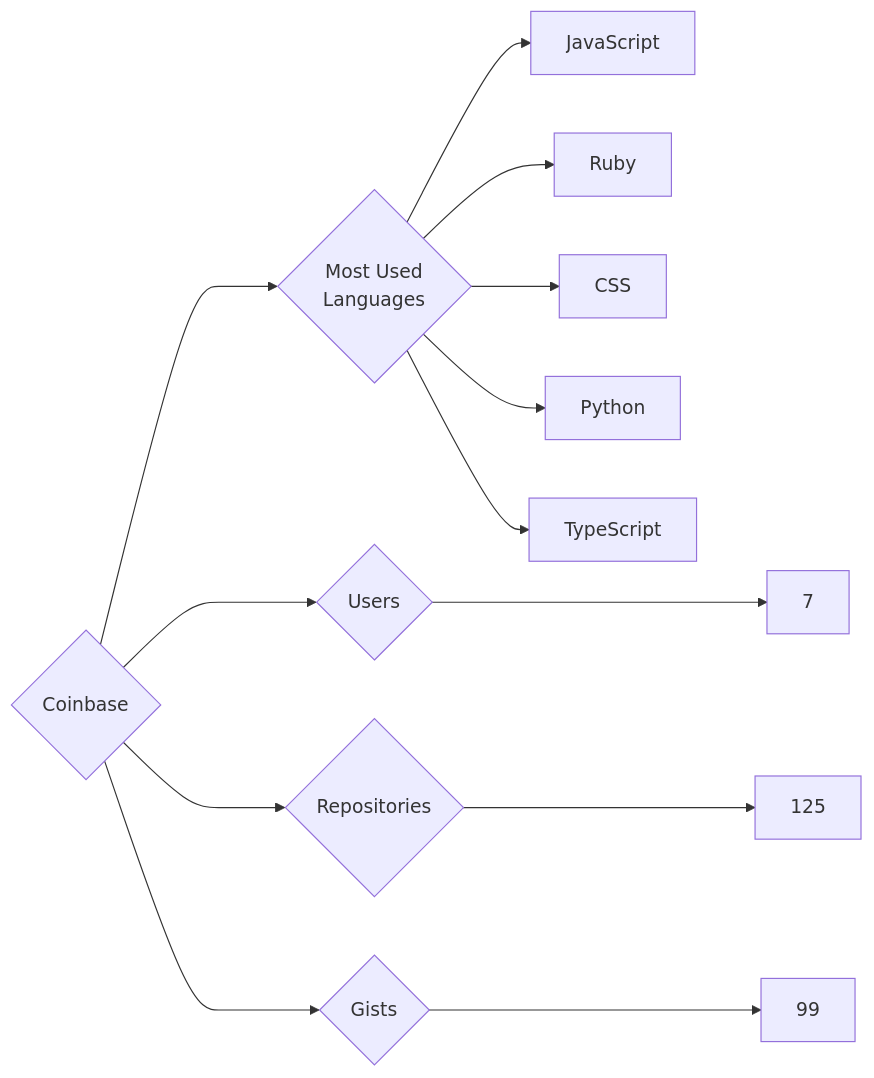
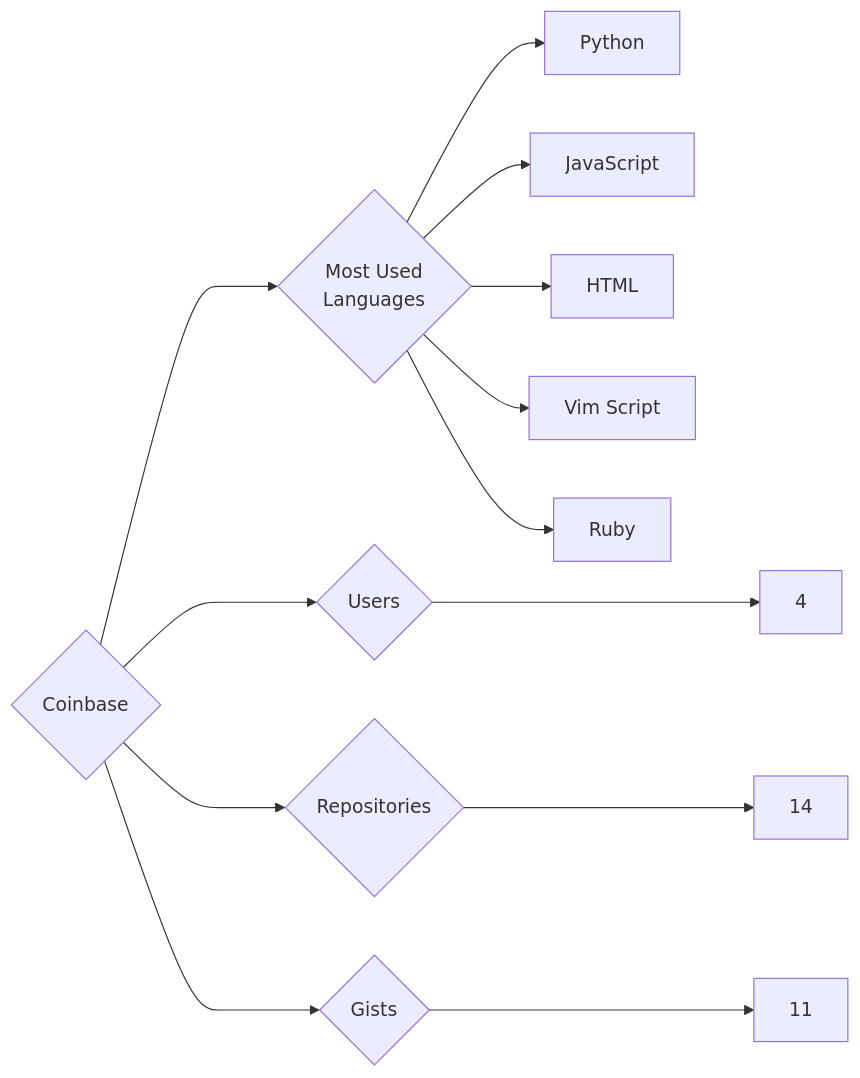
Before and after one commit to trickest/insiders: the diagram in targets/Coinbase/README.md, drawn with Mermaid. The commit also changed 934 other files, not shown here.

````diff
--- a/targets/Coinbase/README.md
+++ b/targets/Coinbase/README.md
@@ -3,13 +3,13 @@
 ```mermaid
 graph LR
 COMPANY_NAME{Coinbase}
-COMPANY_NAME ---> U{Users} ---> UN[7]
-COMPANY_NAME ---> R{Repositories} ---> RN[125]
-COMPANY_NAME ---> G{Gists} ---> GN[99]
+COMPANY_NAME ---> U{Users} ---> UN[4]
+COMPANY_NAME ---> R{Repositories} ---> RN[14]
+COMPANY_NAME ---> G{Gists} ---> GN[11]
 COMPANY_NAME ---> ML{Most Used<br>Languages}
+ML --> Python[Python]
 ML --> JavaScript[JavaScript]
+ML --> HTML[HTML]
+ML --> Vim_Script[Vim Script]
 ML --> Ruby[Ruby]
-ML --> CSS[CSS]
-ML --> Python[Python]
-ML --> TypeScript[TypeScript]
 ```
````
